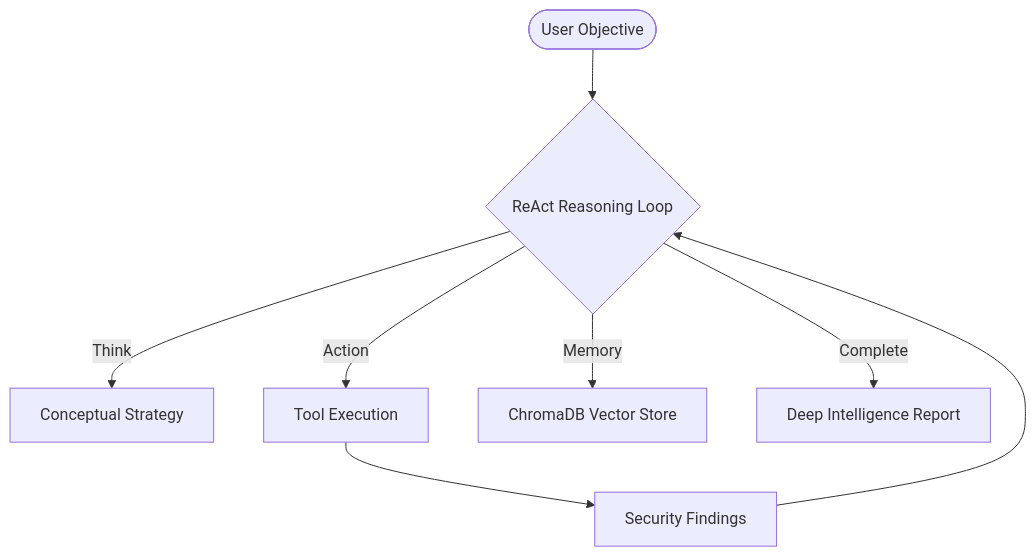
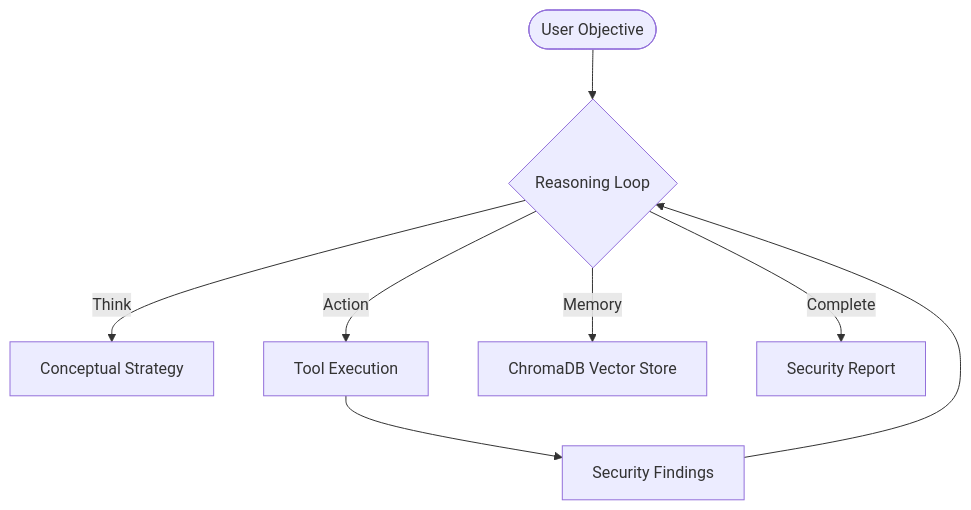
Before and after one commit to malrobust/SMAUG: the diagram in README.md, drawn with Mermaid. The commit also changed other lines of this file, not shown here.

````diff
--- a/README.md
+++ b/README.md
@@ -23,10 +21,10 @@
 ```mermaid
 graph TD
-    User([User Objective]) --> Loop{ReAct Reasoning Loop}
+    User([User Objective]) --> Loop{Reasoning Loop}
     Loop --> |Think| Thought[Conceptual Strategy]
     Loop --> |Action| Tool[Tool Execution]
     Loop --> |Memory| Mem[ChromaDB Vector Store]
     Tool --> Observation[Security Findings]
     Observation --> Loop
-    Loop --> |Complete| Final[Deep Intelligence Report]
+    Loop --> |Complete| Final[Security Report]
 ```
````
